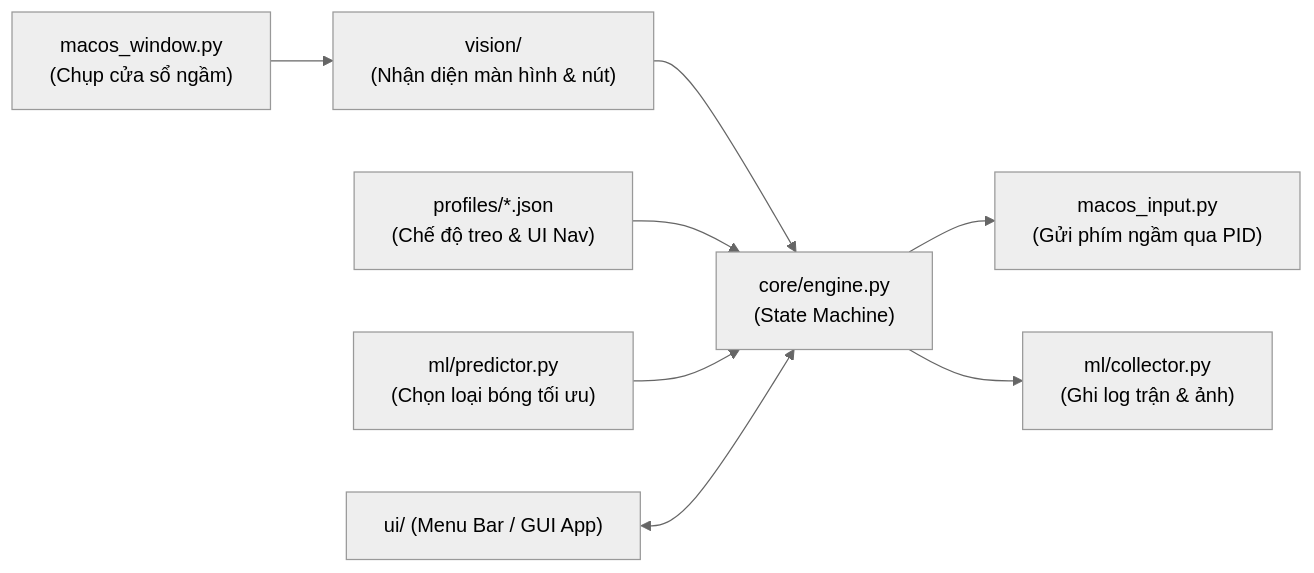
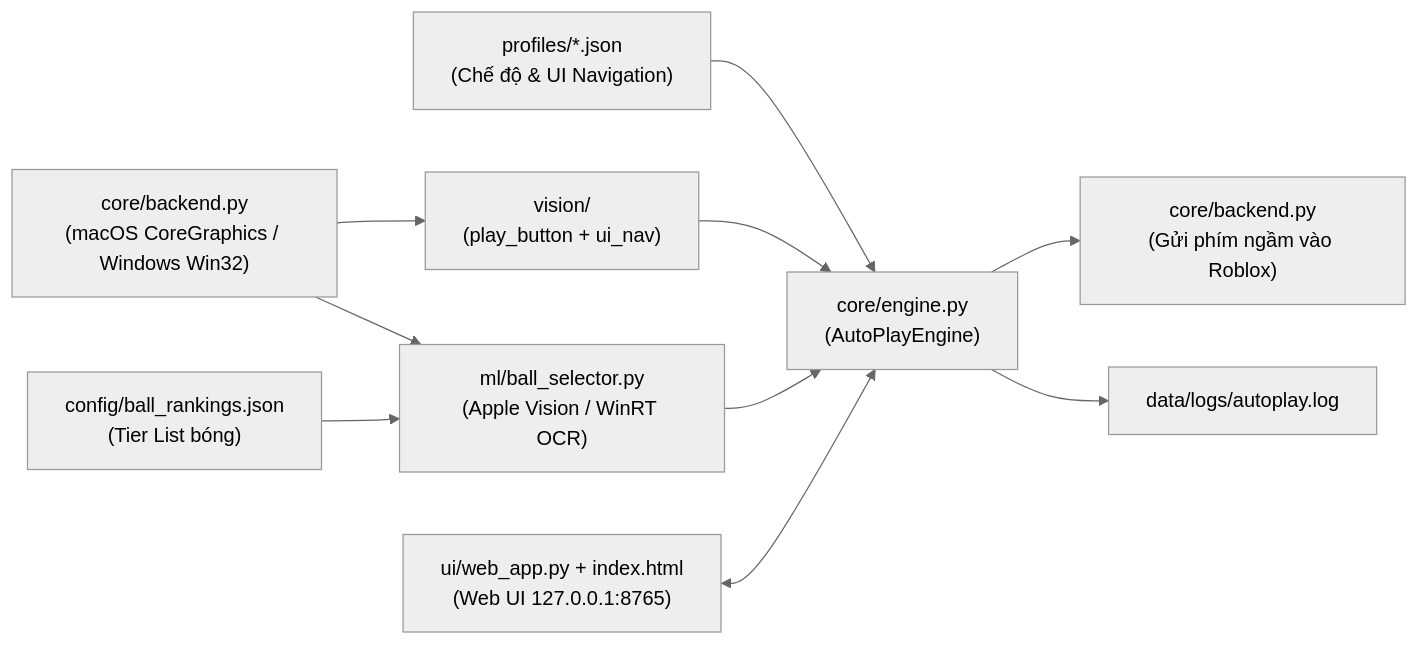
Before and after one commit to sanghoang1209/roblox-ball-autoplay: the diagram in ARCHITECTURE.md, drawn with Mermaid (neutral theme). The commit also changed other lines of this file and 1 other file, not shown here.

Commit message:
docs: sync ARCHITECTURE.md and CONTRIBUTING.md with current cross-platform codebase

````diff
--- a/ARCHITECTURE.md
+++ b/ARCHITECTURE.md
@@ -76,10 +74,12 @@
 ```mermaid
 flowchart LR
-    A["macos_window.py\n(Chụp cửa sổ ngầm)"] --> B["vision/\n(Nhận diện màn hình & nút)"]
-    B --> C["core/engine.py\n(State Machine)"]
-    P["profiles/*.json\n(Chế độ treo & UI Nav)"] --> C
-    M["ml/predictor.py\n(Chọn loại bóng tối ưu)"] --> C
-    C --> D["macos_input.py\n(Gửi phím ngầm qua PID)"]
-    C --> L["ml/collector.py\n(Ghi log trận & ảnh)"]
-    UI["ui/ (Menu Bar / GUI App)"] <--> C
+    WIN["core/backend.py\n(macOS CoreGraphics / Windows Win32)"] --> VIS["vision/\n(play_button + ui_nav)"]
+    WIN --> OCR["ml/ball_selector.py\n(Apple Vision / WinRT OCR)"]
+    CFG["config/ball_rankings.json\n(Tier List bóng)"] --> OCR
+    PROF["profiles/*.json\n(Chế độ & UI Navigation)"] --> ENG["core/engine.py\n(AutoPlayEngine)"]
+    VIS --> ENG
+    OCR --> ENG
+    ENG --> INP["core/backend.py\n(Gửi phím ngầm vào Roblox)"]
+    ENG --> LOG["data/logs/autoplay.log"]
+    UI["ui/web_app.py + index.html\n(Web UI 127.0.0.1:8765)"] <--> ENG
 ```
````
